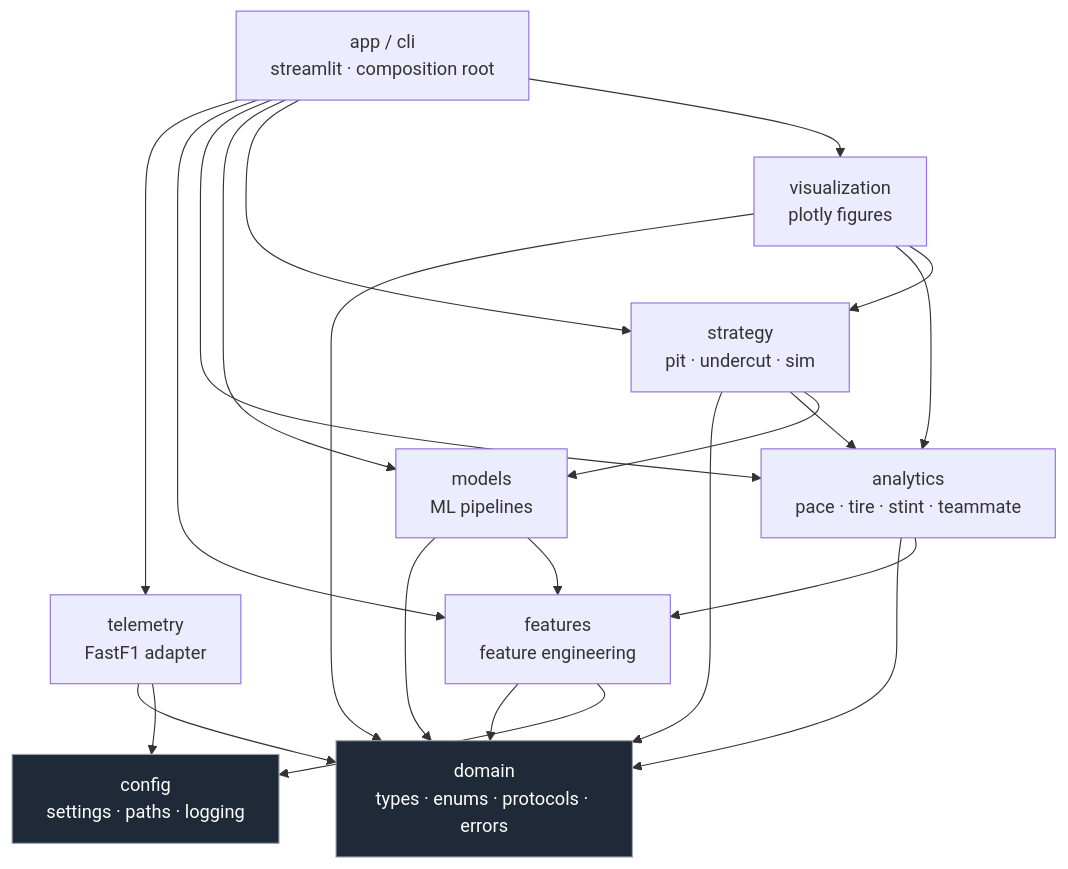
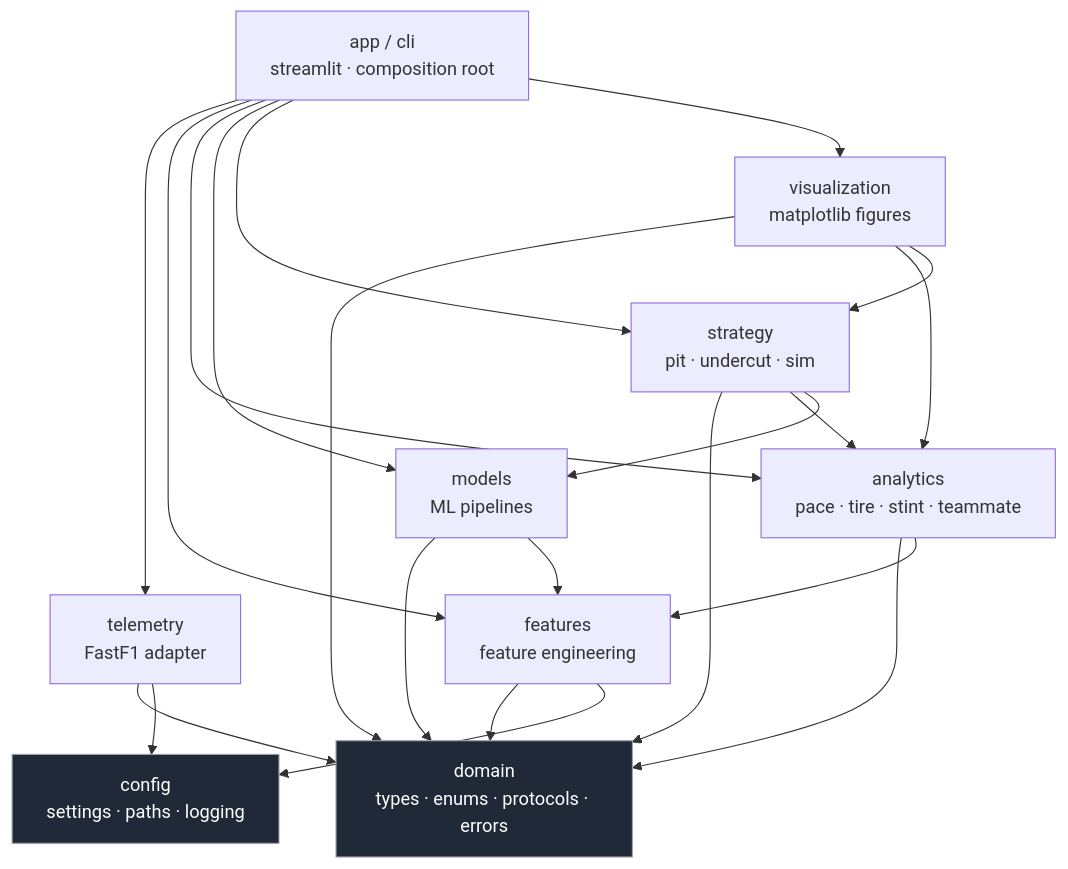
Before and after one commit to youssefchaouch/f1-laplab: the diagram in docs/architecture/DEPENDENCY_GRAPH.md, drawn with Mermaid. The commit also changed 20 other files, not shown here.

````diff
--- a/docs/architecture/DEPENDENCY_GRAPH.md
+++ b/docs/architecture/DEPENDENCY_GRAPH.md
@@ -14,36 +14,36 @@
 ```mermaid
 graph TD
     config[config<br/>settings · paths · logging]
     domain[domain<br/>types · enums · protocols · errors]
     telemetry[telemetry<br/>FastF1 adapter]
     features[features<br/>feature engineering]
     analytics[analytics<br/>pace · tire · stint · teammate]
     models[models<br/>ML pipelines]
     strategy[strategy<br/>pit · undercut · sim]
-    viz[visualization<br/>plotly figures]
+    viz[visualization<br/>matplotlib figures]
     app[app / cli<br/>streamlit · composition root]
 
     telemetry --> domain
     telemetry --> config
     features --> domain
     features --> config
     analytics --> domain
     analytics --> features
     models --> domain
     models --> features
     strategy --> domain
     strategy --> analytics
     strategy --> models
     viz --> domain
     viz --> analytics
     viz --> strategy
     app --> telemetry
     app --> features
     app --> analytics
     app --> models
     app --> strategy
     app --> viz
 
     classDef core fill:#1f2937,stroke:#9ca3af,color:#fff;
     class domain,config core;
 ```
````
